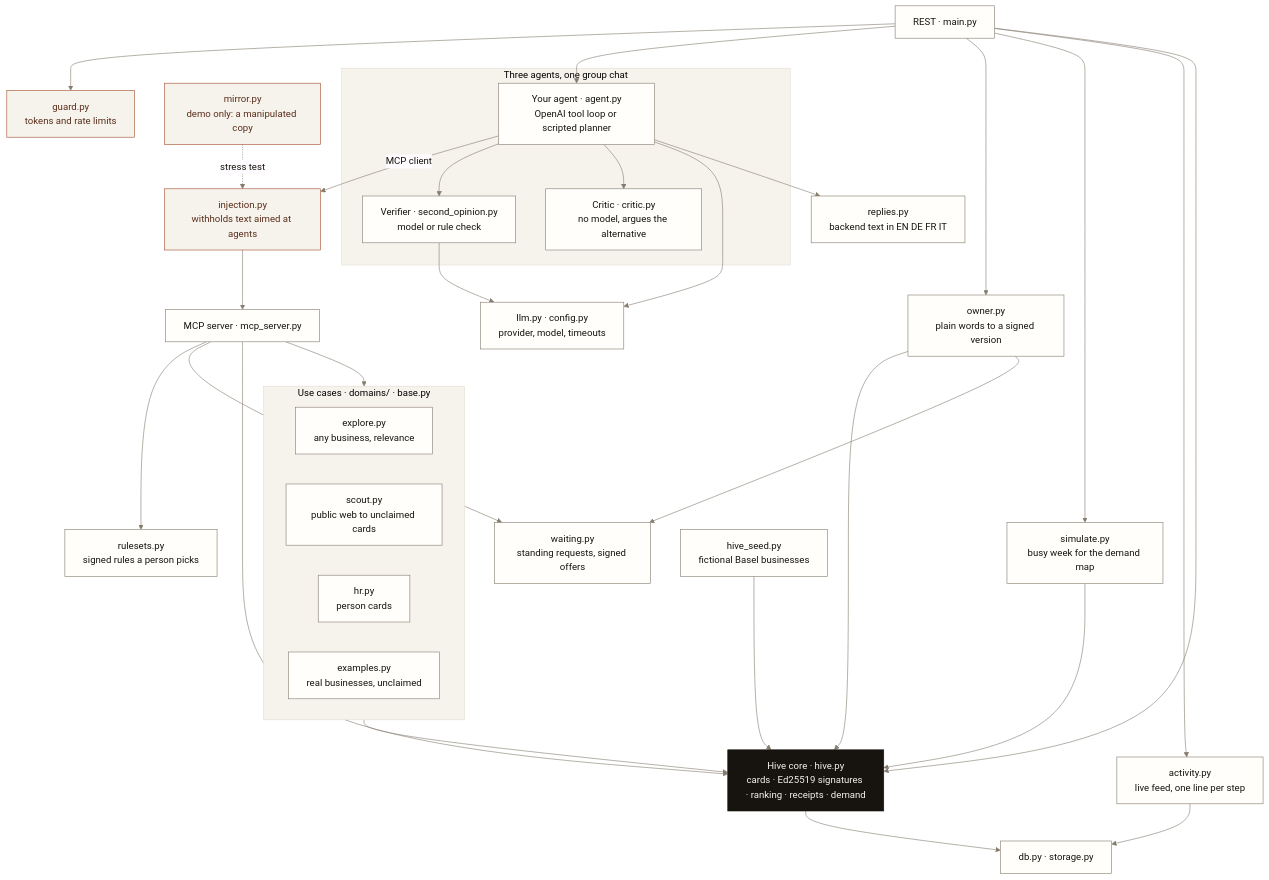
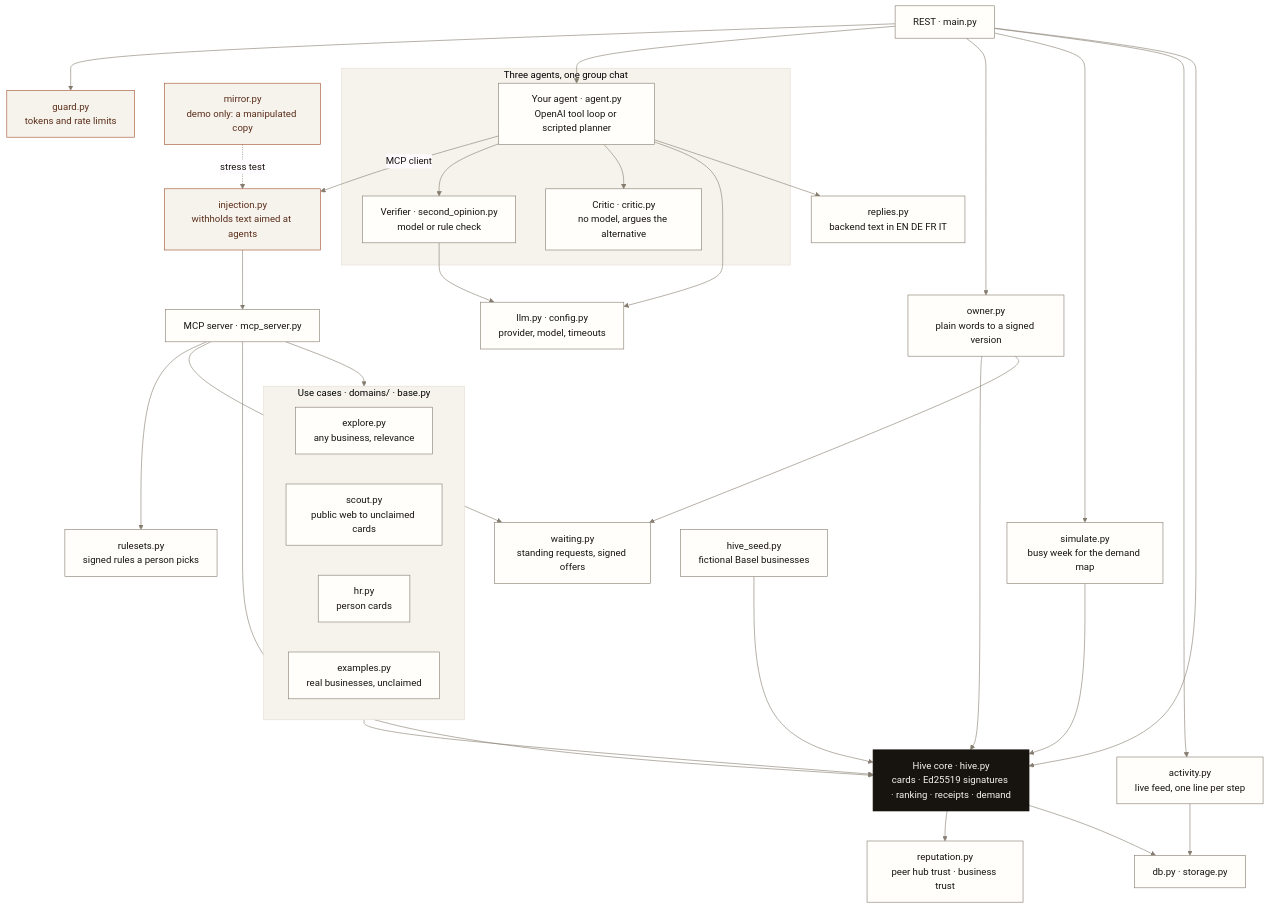
Before and after one commit to reactbias/Adobee-Hive: the second of 6 diagrams in documentation/DIAGRAMS.md, drawn with Mermaid. The commit also changed 4 other files, not shown here.

First line of the commit message:
feat(hive): judge peer hubs and businesses in reputation.py

````diff
--- a/documentation/DIAGRAMS.md
+++ b/documentation/DIAGRAMS.md
@@ -68,59 +68,61 @@
 ```mermaid
 %%{init: {"theme": "base", "themeVariables": {"primaryColor": "#fffefb", "primaryBorderColor": "#857c6f", "primaryTextColor": "#17140f", "lineColor": "#857c6f", "clusterBkg": "#f6f3ed", "clusterBorder": "#e4ded3", "noteBkgColor": "#f6f3ed", "noteBorderColor": "#e4ded3", "actorBkg": "#fffefb", "actorBorder": "#857c6f", "signalColor": "#4b443a", "signalTextColor": "#17140f", "fontFamily": "Helvetica, Arial, sans-serif"}}}%%
 flowchart TB
   classDef core fill:#17140f,stroke:#17140f,color:#f6f3ed
   classDef mod fill:#fffefb,stroke:#857c6f,color:#17140f
   classDef guard fill:#f6f3ed,stroke:#a24f2c,color:#5a2e1a
 
   REST[REST · main.py]:::mod
   MCP[MCP server · mcp_server.py]:::mod
 
   subgraph DOMAINS["Use cases · domains/ · base.py"]
     EXP[explore.py<br/>any business, relevance]:::mod
     SCT[scout.py<br/>public web to unclaimed cards]:::mod
     HR[hr.py<br/>person cards]:::mod
     EXM[examples.py<br/>real businesses, unclaimed]:::mod
   end
 
   subgraph AGENTS["Three agents, one group chat"]
     A[Your agent · agent.py<br/>OpenAI tool loop or scripted planner]:::mod
     V[Verifier · second_opinion.py<br/>model or rule check]:::mod
     C[Critic · critic.py<br/>no model, argues the alternative]:::mod
   end
 
   INJ[injection.py<br/>withholds text aimed at agents]:::guard
   MIR[mirror.py<br/>demo only: a manipulated copy]:::guard
   GRD[guard.py<br/>tokens and rate limits]:::guard
   LLM[llm.py · config.py<br/>provider, model, timeouts]:::mod
   RPL[replies.py<br/>backend text in EN DE FR IT]:::mod
   OWN[owner.py<br/>plain words to a signed version]:::mod
   WAIT[waiting.py<br/>standing requests, signed offers]:::mod
   RUL[rulesets.py<br/>signed rules a person picks]:::mod
   SIM[simulate.py<br/>busy week for the demand map]:::mod
   ACT[activity.py<br/>live feed, one line per step]:::mod
   HIVE[Hive core · hive.py<br/>cards · Ed25519 signatures · ranking · receipts · demand]:::core
+  REP[reputation.py<br/>peer hub trust · business trust]:::mod
   SEED[hive_seed.py<br/>fictional Basel businesses]:::mod
   DB[db.py · storage.py]:::mod
 
   REST --> GRD
   REST --> A
   A -->|MCP client| INJ --> MCP
   MIR -.->|stress test| INJ
   A --> V
   A --> C
   A --> LLM
   V --> LLM
   A --> RPL
   REST --> OWN --> HIVE
   OWN --> WAIT
   REST --> SIM --> HIVE
   REST --> ACT --> DB
   MCP --> DOMAINS
   MCP --> RUL
   MCP --> WAIT
   MCP --> HIVE
   DOMAINS --> HIVE
   REST --> HIVE
   SEED --> HIVE
+  HIVE --> REP
   HIVE --> DB
 ```
````
